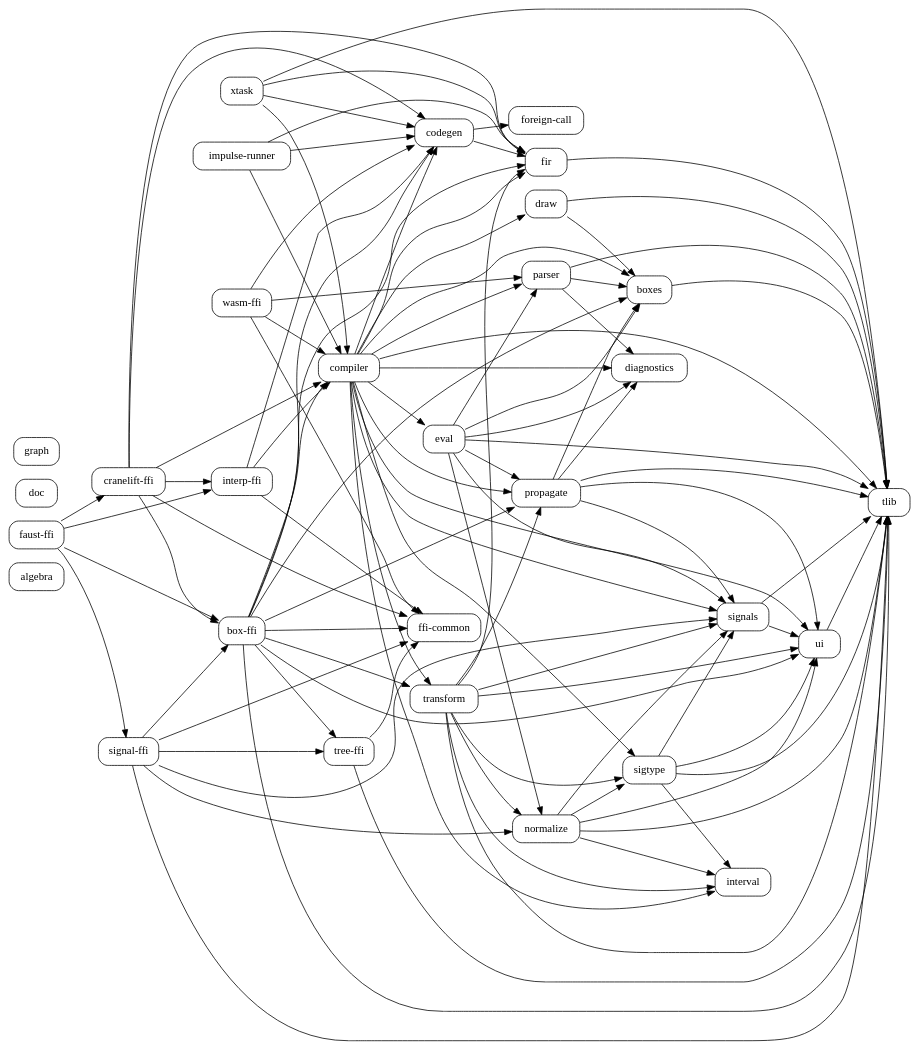
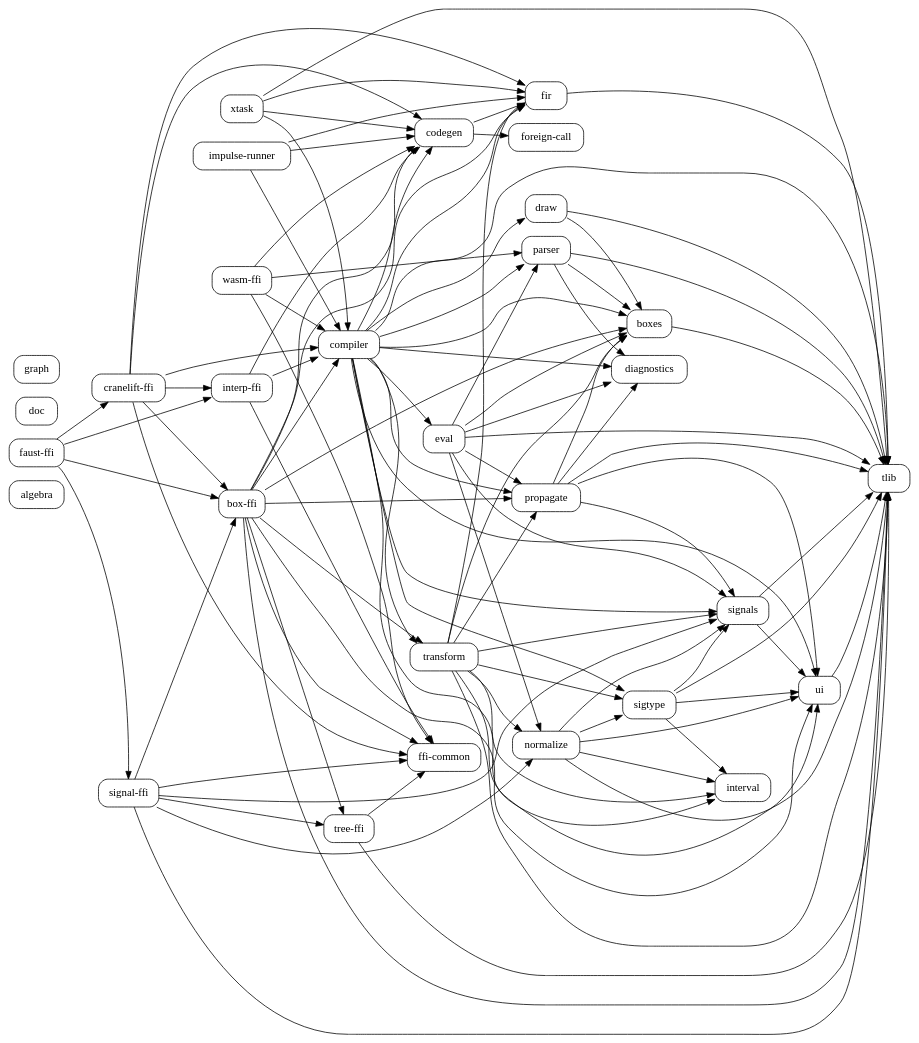
Before and after one commit to grame-cncm/faust-rs: the diagram in docs/code-graphs/internal-crate-deps.dot, drawn with Graphviz. The commit also changed 32 other files, not shown here.

```diff
--- a/docs/code-graphs/internal-crate-deps.dot
+++ b/docs/code-graphs/internal-crate-deps.dot
@@ -1,131 +1,132 @@
 digraph workspace_crates {
     rankdir=LR;
     node [shape=box, style="rounded"];
     "algebra";
     "box-ffi";
     "boxes";
     "codegen";
     "compiler";
     "cranelift-ffi";
     "diagnostics";
     "doc";
     "draw";
     "eval";
     "faust-ffi";
     "ffi-common";
     "fir";
     "foreign-call";
     "graph";
     "impulse-runner";
     "interp-ffi";
     "interval";
     "normalize";
     "parser";
     "propagate";
     "signal-ffi";
     "signals";
     "sigtype";
     "tlib";
     "transform";
     "tree-ffi";
     "ui";
     "wasm-ffi";
     "xtask";
     "box-ffi" -> "boxes";
     "box-ffi" -> "codegen";
     "box-ffi" -> "compiler";
     "box-ffi" -> "ffi-common";
     "box-ffi" -> "fir";
     "box-ffi" -> "propagate";
     "box-ffi" -> "tlib";
     "box-ffi" -> "transform";
     "box-ffi" -> "tree-ffi";
     "box-ffi" -> "ui";
     "boxes" -> "tlib";
     "codegen" -> "fir";
     "codegen" -> "foreign-call";
     "compiler" -> "boxes";
     "compiler" -> "codegen";
     "compiler" -> "diagnostics";
     "compiler" -> "draw";
     "compiler" -> "eval";
     "compiler" -> "fir";
     "compiler" -> "interval";
     "compiler" -> "parser";
     "compiler" -> "propagate";
     "compiler" -> "signals";
     "compiler" -> "sigtype";
     "compiler" -> "tlib";
     "compiler" -> "transform";
     "compiler" -> "ui";
     "cranelift-ffi" -> "box-ffi";
     "cranelift-ffi" -> "codegen";
     "cranelift-ffi" -> "compiler";
     "cranelift-ffi" -> "ffi-common";
     "cranelift-ffi" -> "fir";
     "cranelift-ffi" -> "interp-ffi";
     "draw" -> "boxes";
     "draw" -> "tlib";
     "eval" -> "boxes";
     "eval" -> "diagnostics";
     "eval" -> "normalize";
     "eval" -> "parser";
     "eval" -> "propagate";
     "eval" -> "signals";
     "eval" -> "tlib";
     "faust-ffi" -> "box-ffi";
     "faust-ffi" -> "cranelift-ffi";
     "faust-ffi" -> "interp-ffi";
     "faust-ffi" -> "signal-ffi";
     "fir" -> "tlib";
     "impulse-runner" -> "codegen";
     "impulse-runner" -> "compiler";
     "impulse-runner" -> "fir";
     "interp-ffi" -> "codegen";
     "interp-ffi" -> "compiler";
     "interp-ffi" -> "ffi-common";
     "normalize" -> "interval";
     "normalize" -> "signals";
     "normalize" -> "sigtype";
     "normalize" -> "tlib";
     "normalize" -> "ui";
     "parser" -> "boxes";
     "parser" -> "diagnostics";
     "parser" -> "tlib";
     "propagate" -> "boxes";
     "propagate" -> "diagnostics";
     "propagate" -> "signals";
     "propagate" -> "tlib";
     "propagate" -> "ui";
     "signal-ffi" -> "box-ffi";
     "signal-ffi" -> "ffi-common";
     "signal-ffi" -> "normalize";
     "signal-ffi" -> "signals";
     "signal-ffi" -> "tlib";
     "signal-ffi" -> "tree-ffi";
     "signals" -> "tlib";
     "signals" -> "ui";
     "sigtype" -> "interval";
     "sigtype" -> "signals";
     "sigtype" -> "tlib";
     "sigtype" -> "ui";
+    "transform" -> "boxes";
     "transform" -> "fir";
     "transform" -> "interval";
     "transform" -> "normalize";
     "transform" -> "propagate";
     "transform" -> "signals";
     "transform" -> "sigtype";
     "transform" -> "tlib";
     "transform" -> "ui";
     "tree-ffi" -> "ffi-common";
     "tree-ffi" -> "tlib";
     "ui" -> "tlib";
     "wasm-ffi" -> "codegen";
     "wasm-ffi" -> "compiler";
     "wasm-ffi" -> "ffi-common";
     "wasm-ffi" -> "parser";
     "xtask" -> "codegen";
     "xtask" -> "compiler";
     "xtask" -> "fir";
     "xtask" -> "tlib";
 }
```
